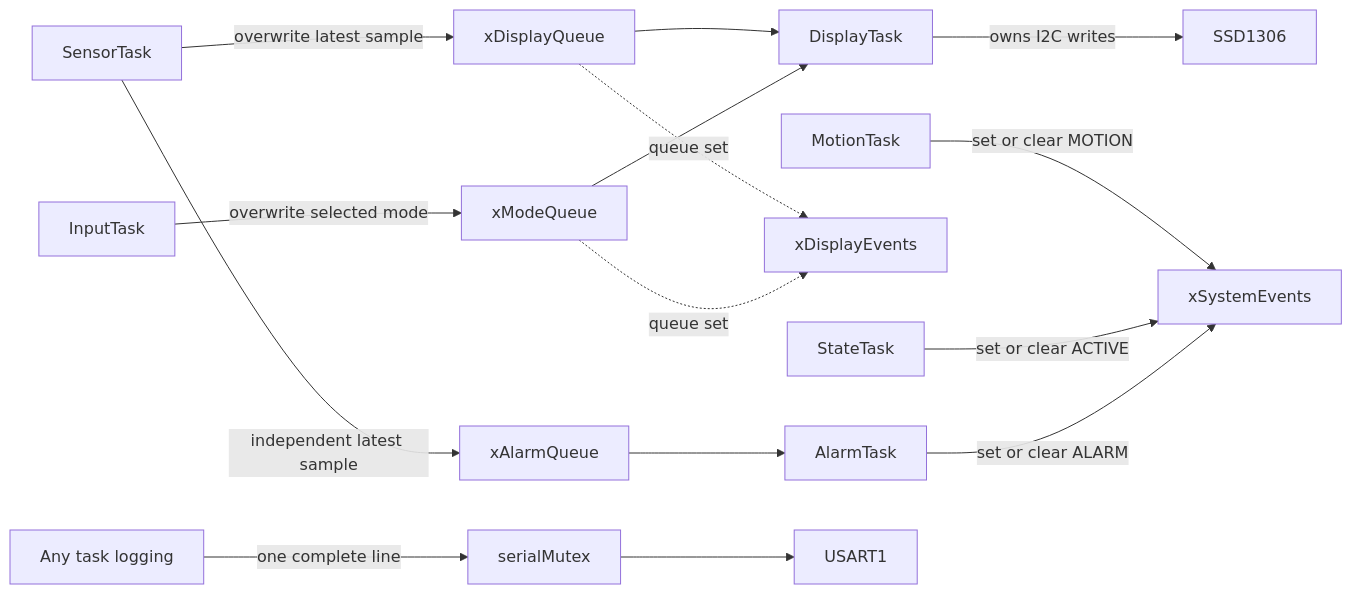
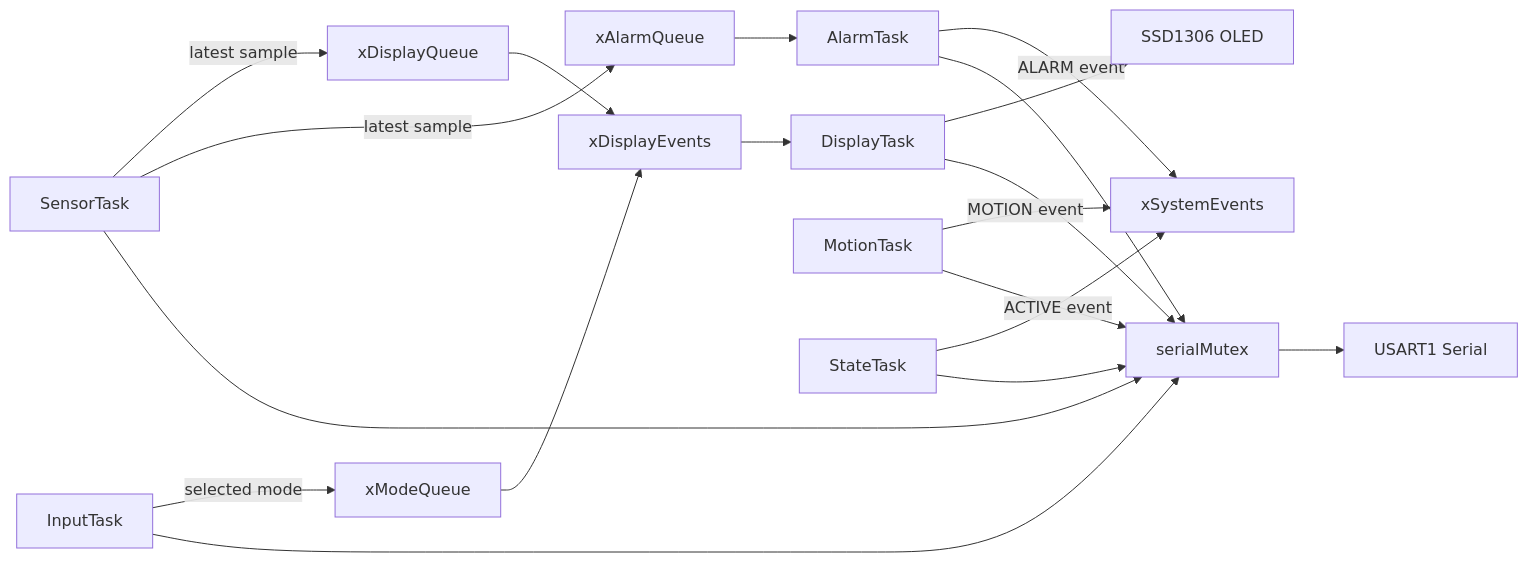
Before and after one commit to johnwieljayme/bca182-freertos-multisensor: the diagram in docs/diagrams/task-communication.mmd, drawn with Mermaid. The commit also changed 7 other files, not shown here.

Commit message:
Add project documentation diagrams and screenshots

```diff
--- a/docs/diagrams/task-communication.mmd
+++ b/docs/diagrams/task-communication.mmd
@@ -1,11 +1,32 @@
 flowchart LR
-    SensorTask -->|overwrite latest sample| xDisplayQueue --> DisplayTask
-    SensorTask -->|independent latest sample| xAlarmQueue --> AlarmTask
-    InputTask -->|overwrite selected mode| xModeQueue --> DisplayTask
-    xDisplayQueue -. queue set .-> xDisplayEvents[xDisplayEvents]
-    xModeQueue -. queue set .-> xDisplayEvents
-    DisplayTask -->|owns I2C writes| OLED[SSD1306]
-    MotionTask -->|set or clear MOTION| Events[xSystemEvents]
-    StateTask -->|set or clear ACTIVE| Events
-    AlarmTask -->|set or clear ALARM| Events
-    AnyTask[Any task logging] -->|one complete line| Mutex[serialMutex] --> UART[USART1]
+
+    SensorTask[SensorTask] -->|latest sample| xDisplayQueue[xDisplayQueue]
+
+    xDisplayQueue --> xDisplayEvents[xDisplayEvents]
+
+    InputTask[InputTask] -->|selected mode| xModeQueue[xModeQueue]
+
+    xModeQueue --> xDisplayEvents
+
+    xDisplayEvents --> DisplayTask[DisplayTask]
+
+    SensorTask -->|latest sample| xAlarmQueue[xAlarmQueue]
+
+    xAlarmQueue --> AlarmTask[AlarmTask]
+
+    MotionTask[MotionTask] -->|MOTION event| xSystemEvents[xSystemEvents]
+
+    StateTask[StateTask] -->|ACTIVE event| xSystemEvents
+
+    AlarmTask -->|ALARM event| xSystemEvents
+
+    DisplayTask --> OLED[SSD1306 OLED]
+
+    SensorTask --> serialMutex[serialMutex]
+    InputTask --> serialMutex
+    MotionTask --> serialMutex
+    StateTask --> serialMutex
+    AlarmTask --> serialMutex
+    DisplayTask --> serialMutex
+
+    serialMutex --> USART1[USART1 Serial]
```
